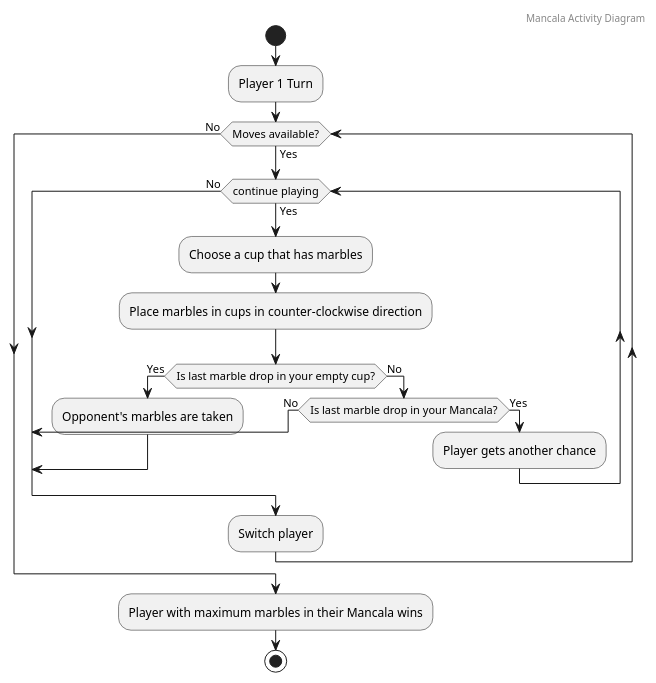
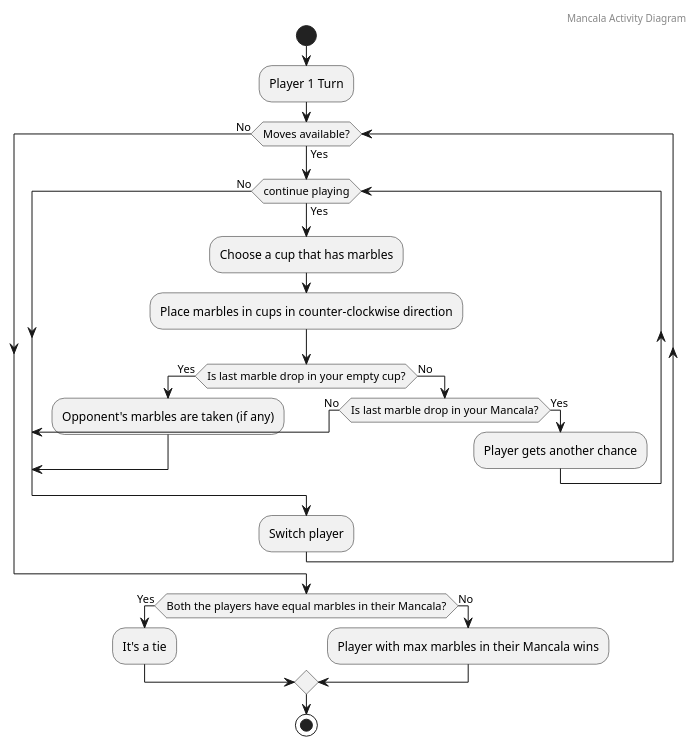
The diagram in Activity Diagram.puml (Buff-Abhi/Mancala-Board-Game), drawn with PlantUML before and after one commit. The commit also changed 1 other file, not shown here.

Commit message:
Updated Use Case Diagram

```diff
--- a/Activity Diagram.puml
+++ b/Activity Diagram.puml
@@ -1,26 +1,33 @@
 @startuml
 'https://plantuml.com/activity-diagram-beta
 header Mancala Activity Diagram
 start
 :Player 1 Turn;
 while (Moves available?) is (Yes)
     while (continue playing) is (Yes)
+        'Use Case 1 and 5 - Player 1/2 selects a cup that has marbles
         :Choose a cup that has marbles;
+        'Use Case 2 - Admin moves the marbles
         :Place marbles in cups in counter-clockwise direction;
         if (Is last marble drop in your empty cup?) then (Yes)
-            :Opponent's marbles are taken;
+            :Opponent's marbles are taken (if any);
             break;
         else (No)
             if (Is last marble drop in your Mancala?) then (No)
                 break;
             else (Yes)
+                'Use Case 3 - Player gets another chance
                 :Player gets another chance;
             endif
         endif
     endwhile (No)
+    'Use Case 4 - Switch Player
     :Switch player;
 endwhile (No)
-:Player with maximum marbles in their Mancala wins;
+if (Both the players have equal marbles in their Mancala?) is (Yes) then
+  :It's a tie;
+else (No)
+  :Player with max marbles in their Mancala wins;
+endif
 stop
-
 @enduml
```
